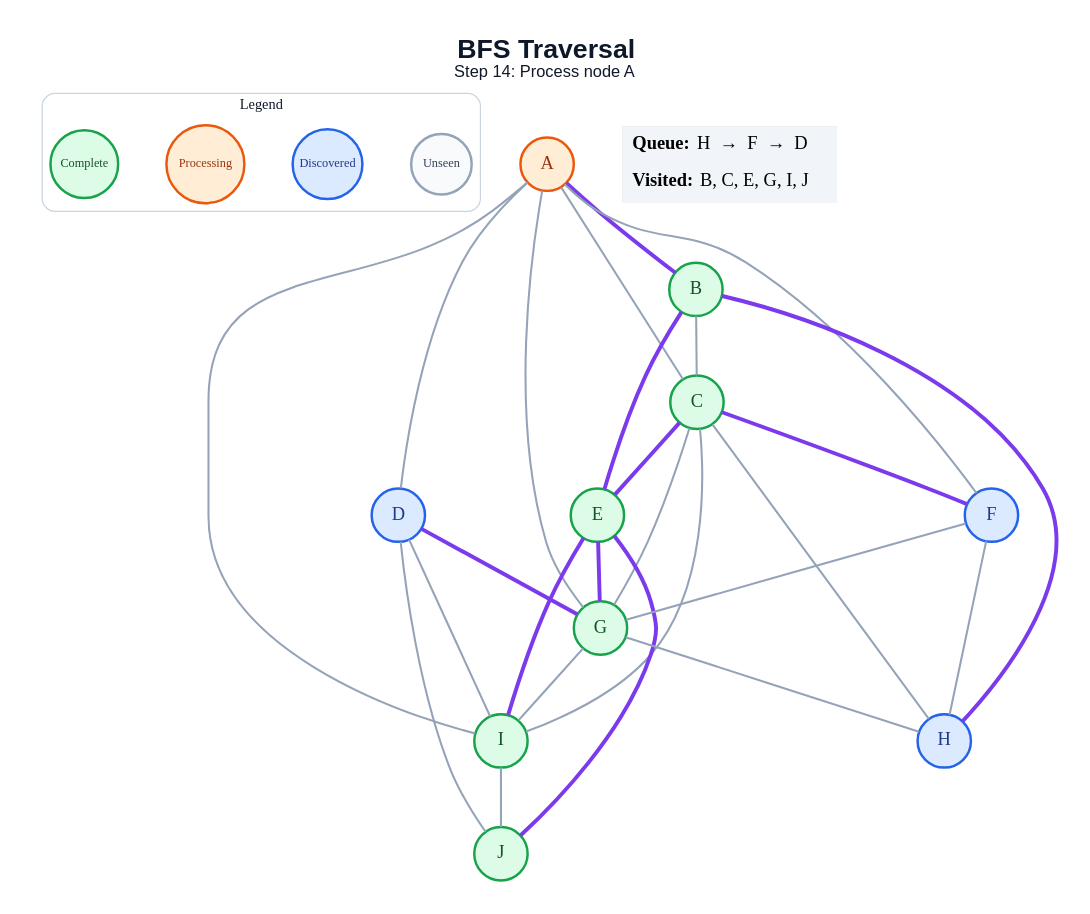
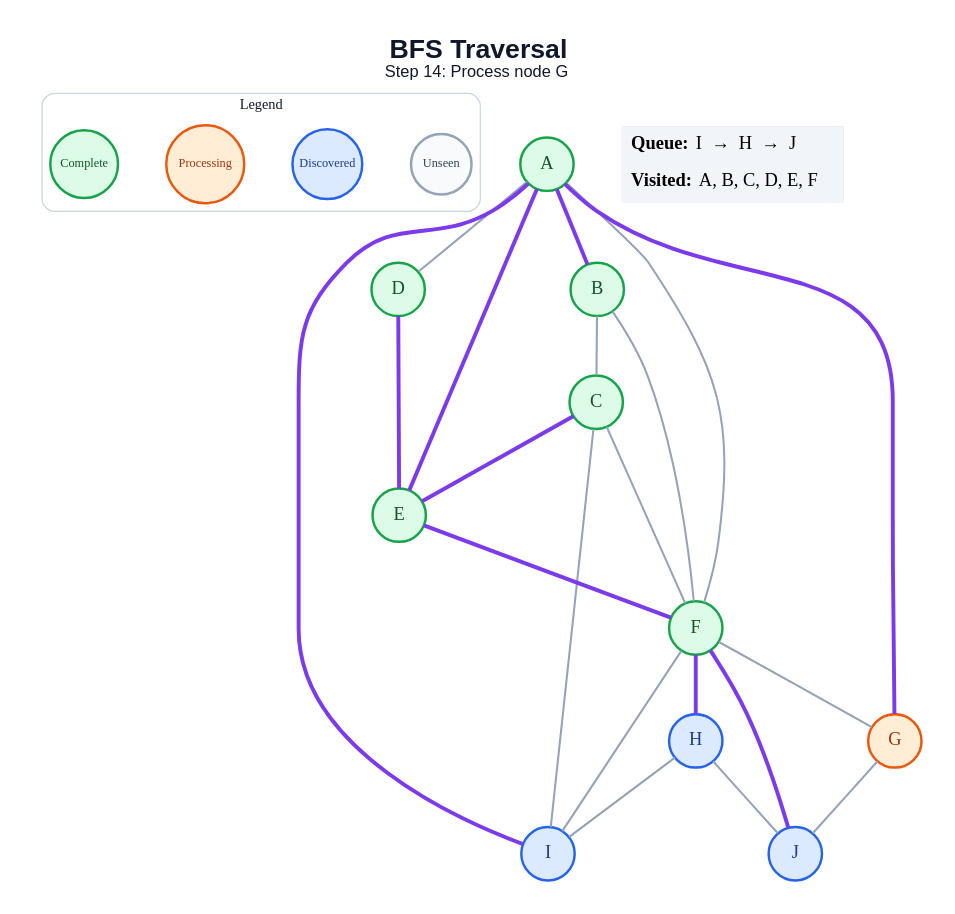
The diagram in generated/specific-node/bfs/step_14.dot (amanghodawala9/ai-slop), drawn with Graphviz before and after one commit. The commit also changed 178 other files, not shown here.

```diff
--- a/generated/specific-node/bfs/step_14.dot
+++ b/generated/specific-node/bfs/step_14.dot
@@ -1,54 +1,49 @@
 graph traversal {
   graph [layout=dot, rankdir=TB, bgcolor="#FFFFFF", pad="0.35", nodesep="0.65", ranksep="0.8", fontname="Arial"];
   node [shape=circle, style="filled", fontname="Arial Bold", fontsize=18, width=0.72, fixedsize=true, penwidth=2.4];
   edge [color="#94A3B8", penwidth=2.0];
-  label=<<B>BFS Traversal</B><BR/><FONT POINT-SIZE="16">Step 14: Process node A</FONT>>; labelloc="t"; fontsize=26; fontname="Arial"; fontcolor="#0F172A";
+  label=<<B>BFS Traversal</B><BR/><FONT POINT-SIZE="16">Step 14: Process node G</FONT>>; labelloc="t"; fontsize=26; fontname="Arial"; fontcolor="#0F172A";
   subgraph cluster_legend { label="Legend"; color="#CBD5E1"; penwidth=1.2; style="rounded"; fontsize=14; fontname="Arial Bold";
     key_unseen [label="Unseen", fillcolor="#F8FAFC", color="#94A3B8", fontcolor="#334155", fontsize=12, width=0.82];
     key_frontier [label="Discovered", fillcolor="#DBEAFE", color="#2563EB", fontcolor="#1E3A8A", fontsize=12, width=0.95];
     key_current [label="Processing", fillcolor="#FFEDD5", color="#EA580C", fontcolor="#9A3412", fontsize=12, width=1.05];
     key_done [label="Complete", fillcolor="#DCFCE7", color="#16A34A", fontcolor="#14532D", fontsize=12, width=0.92];
     { rank=same; key_unseen; key_frontier; key_current; key_done; }
   }
-  A [fillcolor="#FFEDD5", color="#EA580C", fontcolor="#9A3412"];
+  A [fillcolor="#DCFCE7", color="#16A34A", fontcolor="#14532D"];
   B [fillcolor="#DCFCE7", color="#16A34A", fontcolor="#14532D"];
   C [fillcolor="#DCFCE7", color="#16A34A", fontcolor="#14532D"];
-  D [fillcolor="#DBEAFE", color="#2563EB", fontcolor="#1E3A8A"];
+  D [fillcolor="#DCFCE7", color="#16A34A", fontcolor="#14532D"];
   E [fillcolor="#DCFCE7", color="#16A34A", fontcolor="#14532D"];
-  F [fillcolor="#DBEAFE", color="#2563EB", fontcolor="#1E3A8A"];
-  G [fillcolor="#DCFCE7", color="#16A34A", fontcolor="#14532D"];
+  F [fillcolor="#DCFCE7", color="#16A34A", fontcolor="#14532D"];
+  G [fillcolor="#FFEDD5", color="#EA580C", fontcolor="#9A3412"];
   H [fillcolor="#DBEAFE", color="#2563EB", fontcolor="#1E3A8A"];
-  I [fillcolor="#DCFCE7", color="#16A34A", fontcolor="#14532D"];
-  J [fillcolor="#DCFCE7", color="#16A34A", fontcolor="#14532D"];
+  I [fillcolor="#DBEAFE", color="#2563EB", fontcolor="#1E3A8A"];
+  J [fillcolor="#DBEAFE", color="#2563EB", fontcolor="#1E3A8A"];
   A -- B [color="#7C3AED", penwidth=3.8];
-  A -- C;
   A -- D;
+  A -- E [color="#7C3AED", penwidth=3.8];
   A -- F;
-  A -- G;
-  A -- I;
+  A -- G [color="#7C3AED", penwidth=3.8];
+  A -- I [color="#7C3AED", penwidth=3.8];
   B -- C;
-  B -- E [color="#7C3AED", penwidth=3.8];
-  B -- H [color="#7C3AED", penwidth=3.8];
+  B -- F;
   C -- E [color="#7C3AED", penwidth=3.8];
-  C -- F [color="#7C3AED", penwidth=3.8];
-  C -- G;
-  C -- H;
+  C -- F;
   C -- I;
-  D -- G [color="#7C3AED", penwidth=3.8];
-  D -- I;
-  D -- J;
-  E -- G [color="#7C3AED", penwidth=3.8];
-  E -- I [color="#7C3AED", penwidth=3.8];
-  E -- J [color="#7C3AED", penwidth=3.8];
+  D -- E [color="#7C3AED", penwidth=3.8];
+  E -- F [color="#7C3AED", penwidth=3.8];
   F -- G;
-  F -- H;
-  G -- H;
-  G -- I;
-  I -- J;
+  F -- H [color="#7C3AED", penwidth=3.8];
+  F -- I;
+  F -- J [color="#7C3AED", penwidth=3.8];
+  G -- J;
+  H -- I;
+  H -- J;
   status [shape=plain, fixedsize=false, width=0, height=0, margin=0, label=<
     <TABLE BORDER="0" CELLBORDER="0" CELLPADDING="7" BGCOLOR="#F1F5F9">
-      <TR><TD ALIGN="LEFT"><B>Queue:</B> H  →  F  →  D</TD></TR>
-      <TR><TD ALIGN="LEFT"><B>Visited:</B> B, C, E, G, I, J</TD></TR>
+      <TR><TD ALIGN="LEFT"><B>Queue:</B> I  →  H  →  J</TD></TR>
+      <TR><TD ALIGN="LEFT"><B>Visited:</B> A, B, C, D, E, F</TD></TR>
     </TABLE>
   >];
 }
```
